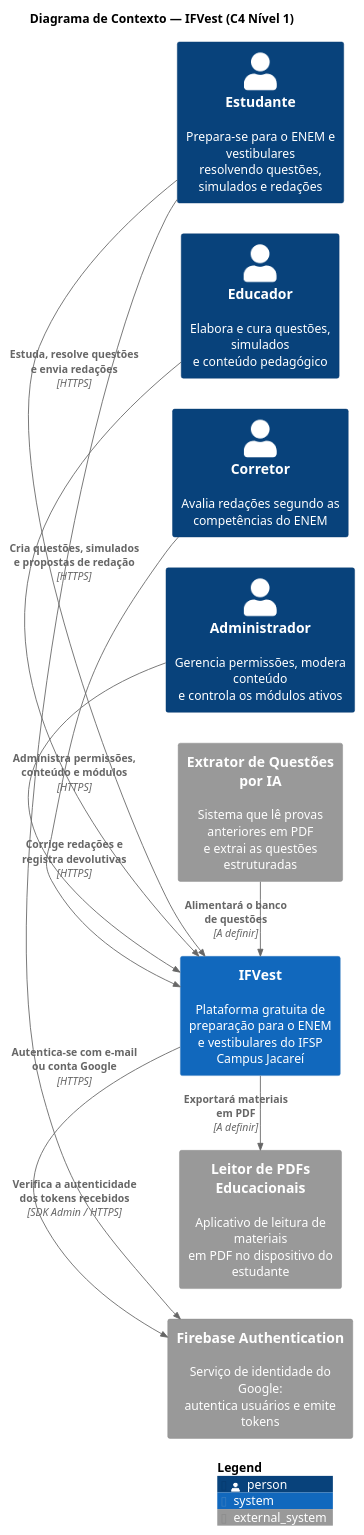
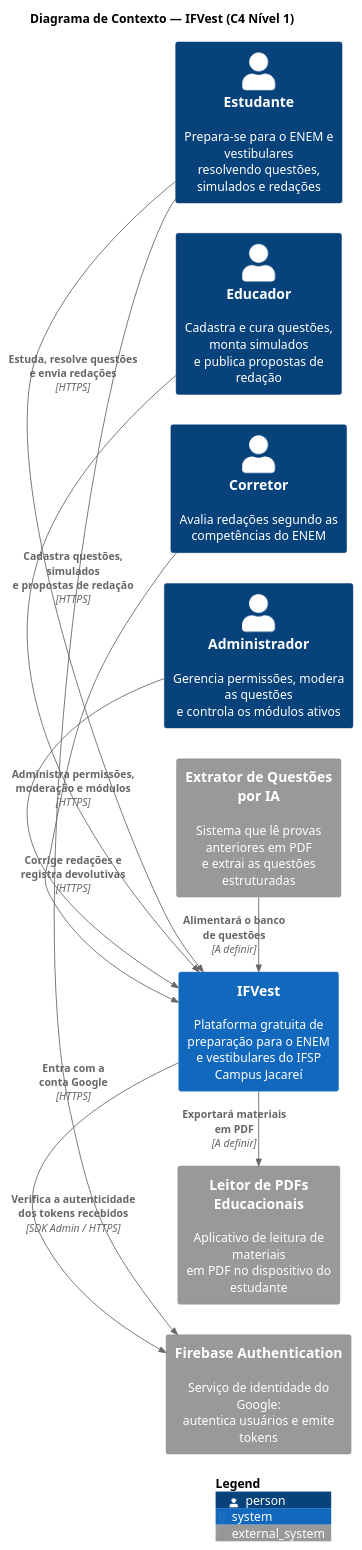
One commit to IthaloCavalcante/ifvest-docs changed the diagram in docs/diagrams/src/c4_l1_contexto.puml. Above: the diagram before and after it, drawn with PlantUML. The commit also changed 17 other files, not shown here.

```diff
--- a/docs/diagrams/src/c4_l1_contexto.puml
+++ b/docs/diagrams/src/c4_l1_contexto.puml
@@ -1,32 +1,32 @@
 @startuml C4_Contexto_IFVest
 !include https://raw.githubusercontent.com/plantuml-stdlib/C4-PlantUML/master/C4_Context.puml
 
 title Diagrama de Contexto — IFVest (C4 Nível 1)
 
 LAYOUT_LEFT_RIGHT()
 
 Person(estudante, "Estudante", "Prepara-se para o ENEM e vestibulares\nresolvendo questões, simulados e redações")
-Person(educador, "Educador", "Elabora e cura questões, simulados\ne conteúdo pedagógico")
+Person(educador, "Educador", "Cadastra e cura questões, monta simulados\ne publica propostas de redação")
 Person(corretor, "Corretor", "Avalia redações segundo as\ncompetências do ENEM")
-Person(admin, "Administrador", "Gerencia permissões, modera conteúdo\ne controla os módulos ativos")
+Person(admin, "Administrador", "Gerencia permissões, modera as questões\ne controla os módulos ativos")
 
 System(ifvest, "IFVest", "Plataforma gratuita de preparação para o ENEM\ne vestibulares do IFSP Campus Jacareí")
 
 System_Ext(firebase, "Firebase Authentication", "Serviço de identidade do Google:\nautentica usuários e emite tokens")
 
 System_Ext(leitor_pdf, "Leitor de PDFs Educacionais", "Aplicativo de leitura de materiais\nem PDF no dispositivo do estudante")
 System_Ext(extrator, "Extrator de Questões por IA", "Sistema que lê provas anteriores em PDF\ne extrai as questões estruturadas")
 
 Rel_R(estudante, ifvest, "Estuda, resolve questões\ne envia redações", "HTTPS")
-Rel_R(educador, ifvest, "Cria questões, simulados\ne propostas de redação", "HTTPS")
+Rel_R(educador, ifvest, "Cadastra questões, simulados\ne propostas de redação", "HTTPS")
 Rel_R(corretor, ifvest, "Corrige redações e\nregistra devolutivas", "HTTPS")
-Rel_R(admin, ifvest, "Administra permissões,\nconteúdo e módulos", "HTTPS")
+Rel_R(admin, ifvest, "Administra permissões,\nmoderação e módulos", "HTTPS")
 
-Rel_R(estudante, firebase, "Autentica-se com e-mail\nou conta Google", "HTTPS")
+Rel_R(estudante, firebase, "Entra com a\nconta Google", "HTTPS")
 Rel_R(ifvest, firebase, "Verifica a autenticidade\ndos tokens recebidos", "SDK Admin / HTTPS")
 
 Rel_R(ifvest, leitor_pdf, "Exportará materiais\nem PDF", "A definir")
 Rel_R(extrator, ifvest, "Alimentará o banco\nde questões", "A definir")
 
 SHOW_LEGEND()
 @enduml
```
